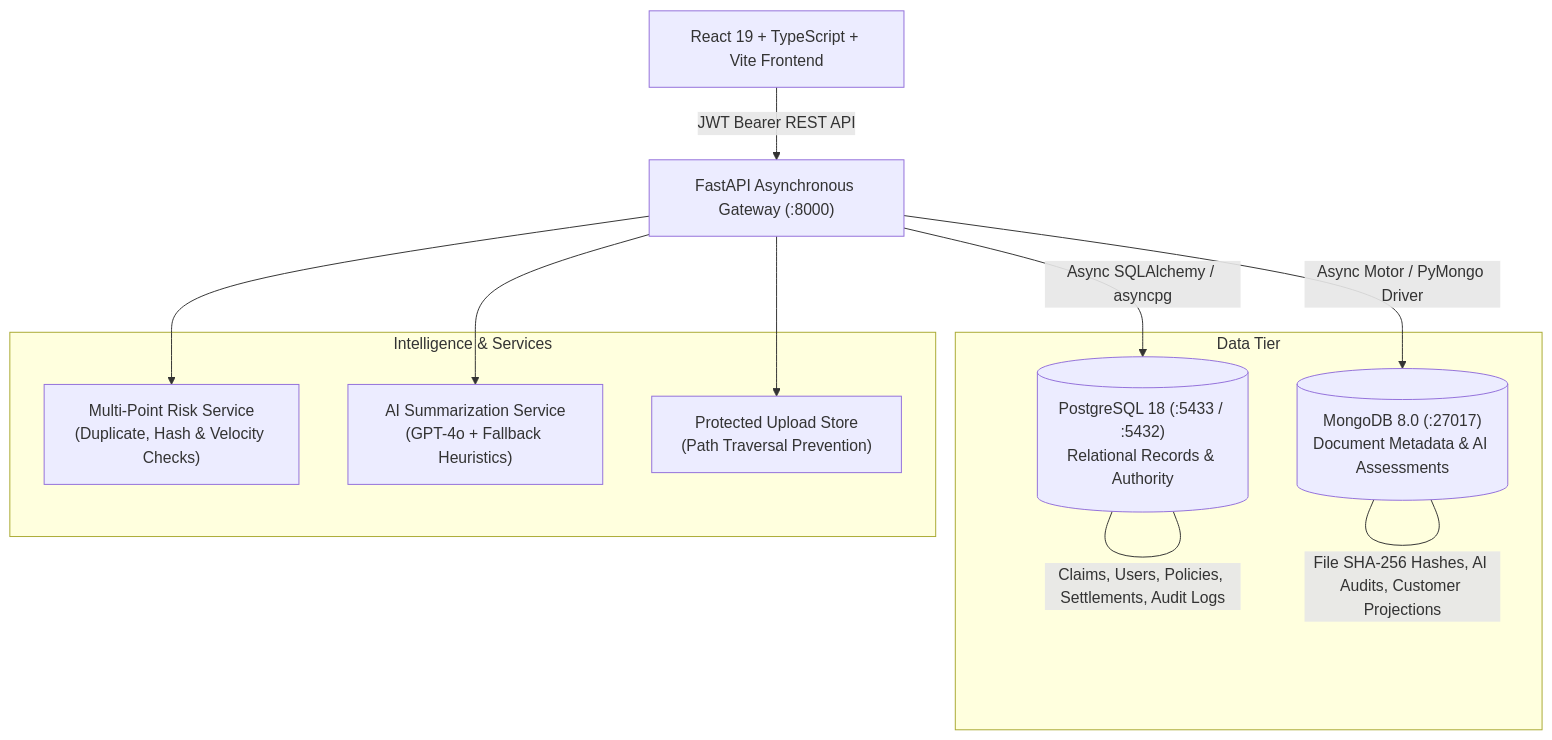
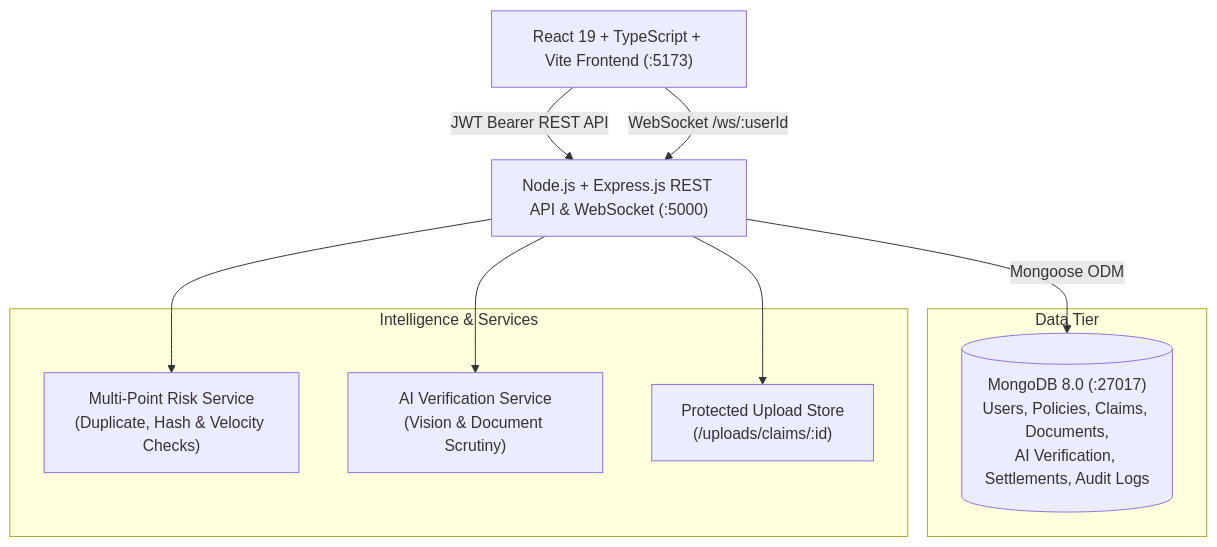
Before and after one commit to lokeshlokeshwaran4488-bit/Insuranceclaim: the diagram in README.md, drawn with Mermaid. The commit also changed other lines of this file and 134 other files, not shown here.

````diff
--- a/README.md
+++ b/README.md
@@ -22,26 +22,22 @@
 ```mermaid
 graph TD
-    Client["React 19 + TypeScript + Vite Frontend"]
-    Gateway["FastAPI Asynchronous Gateway (:8000)"]
+    Client["React 19 + TypeScript + Vite Frontend (:5173)"]
+    Gateway["Node.js + Express.js REST API & WebSocket (:5000)"]
     
     subgraph Data Tier
-        PG[("PostgreSQL 18 (:5433 / :5432)<br/>Relational Records & Authority")]
-        MDB[("MongoDB 8.0 (:27017)<br/>Document Metadata & AI Assessments")]
+        MDB[("MongoDB 8.0 (:27017)<br/>Users, Policies, Claims, Documents,<br/>AI Verification, Settlements, Audit Logs")]
     end
 
     subgraph Intelligence & Services
         Risk["Multi-Point Risk Service<br/>(Duplicate, Hash & Velocity Checks)"]
-        AI["AI Summarization Service<br/>(GPT-4o + Fallback Heuristics)"]
-        Storage["Protected Upload Store<br/>(Path Traversal Prevention)"]
+        AI["AI Verification Service<br/>(Vision & Document Scrutiny)"]
+        Storage["Protected Upload Store<br/>(/uploads/claims/:id)"]
     end
 
     Client -->|JWT Bearer REST API| Gateway
-    Gateway -->|Async SQLAlchemy / asyncpg| PG
-    Gateway -->|Async Motor / PyMongo Driver| MDB
+    Client -->|WebSocket /ws/:userId| Gateway
+    Gateway -->|Mongoose ODM| MDB
     Gateway --> Risk
     Gateway --> AI
     Gateway --> Storage
-
-    PG ---|Claims, Users, Policies, Settlements, Audit Logs| PG
-    MDB ---|File SHA-256 Hashes, AI Audits, Customer Projections| MDB
 ```
````
